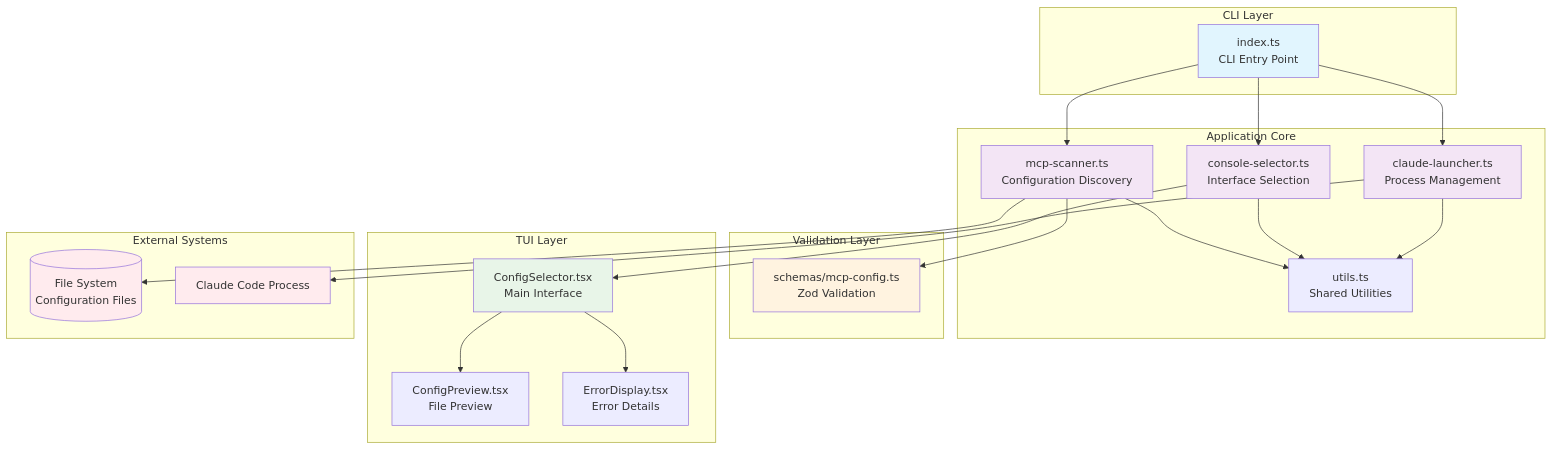
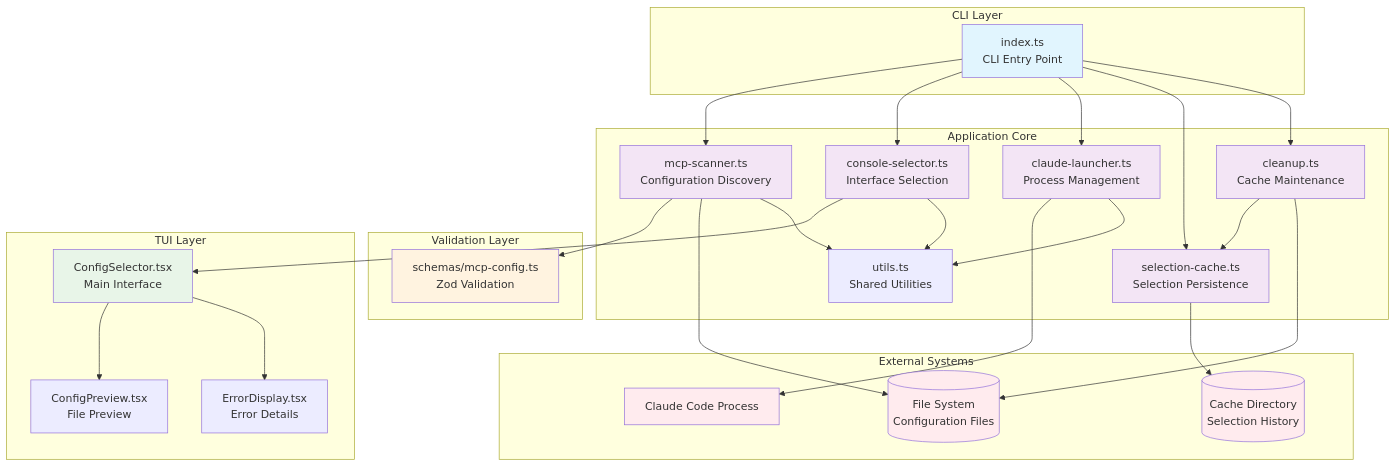
The second of 14 diagrams in specs/diagrams.md (gsong/ccmcp), drawn with Mermaid before and after one commit. The commit also changed other lines of this file and 8 other files, not shown here.

````diff
--- a/specs/diagrams.md
+++ b/specs/diagrams.md
@@ -41,54 +58,66 @@
 ```mermaid
 graph TB
     subgraph "CLI Layer"
         CLI[index.ts<br/>CLI Entry Point]
     end
 
     subgraph "Application Core"
         Scanner[mcp-scanner.ts<br/>Configuration Discovery]
         Selector[console-selector.ts<br/>Interface Selection]
         Launcher[claude-launcher.ts<br/>Process Management]
+        Cache[selection-cache.ts<br/>Selection Persistence]
+        Cleanup[cleanup.ts<br/>Cache Maintenance]
         Utils[utils.ts<br/>Shared Utilities]
     end
 
     subgraph "Validation Layer"
         Schema[schemas/mcp-config.ts<br/>Zod Validation]
     end
 
     subgraph "TUI Layer"
         ConfigSelector[ConfigSelector.tsx<br/>Main Interface]
         ConfigPreview[ConfigPreview.tsx<br/>File Preview]
         ErrorDisplay[ErrorDisplay.tsx<br/>Error Details]
     end
 
     subgraph "External Systems"
         FileSystem[(File System<br/>Configuration Files)]
+        CacheDir[(Cache Directory<br/>Selection History)]
         Claude[Claude Code Process]
     end
 
     CLI --> Scanner
     CLI --> Selector
     CLI --> Launcher
+    CLI --> Cache
+    CLI --> Cleanup
 
     Scanner --> Schema
     Scanner --> FileSystem
     Scanner --> Utils
 
     Selector --> ConfigSelector
     Selector --> Utils
 
     ConfigSelector --> ConfigPreview
     ConfigSelector --> ErrorDisplay
 
     Launcher --> Claude
     Launcher --> Utils
 
+    Cache --> CacheDir
+    Cleanup --> Cache
+    Cleanup --> FileSystem
+
     style CLI fill:#e1f5fe
     style Scanner fill:#f3e5f5
     style Selector fill:#f3e5f5
     style Launcher fill:#f3e5f5
+    style Cache fill:#f3e5f5
+    style Cleanup fill:#f3e5f5
     style Schema fill:#fff3e0
     style ConfigSelector fill:#e8f5e8
     style FileSystem fill:#ffebee
+    style CacheDir fill:#ffebee
     style Claude fill:#ffebee
 ```
````
